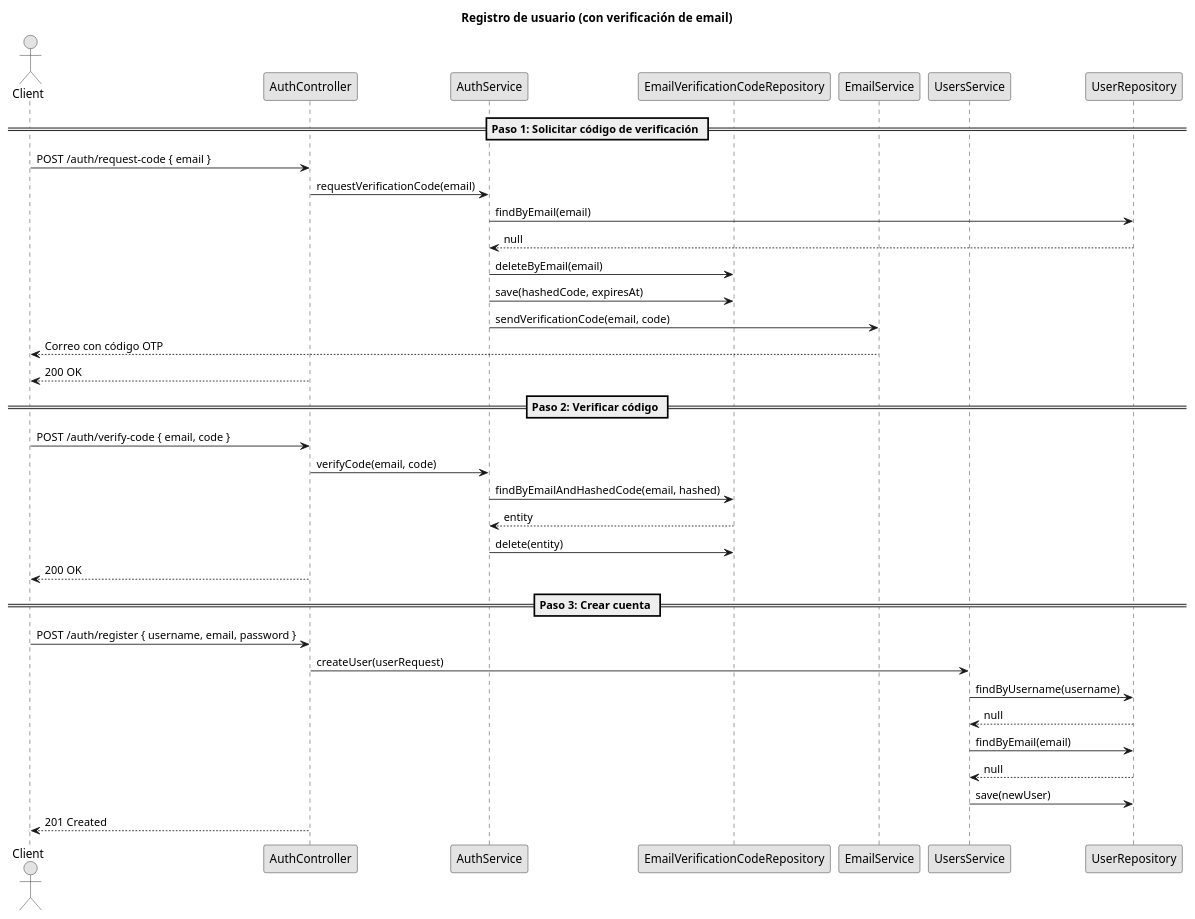
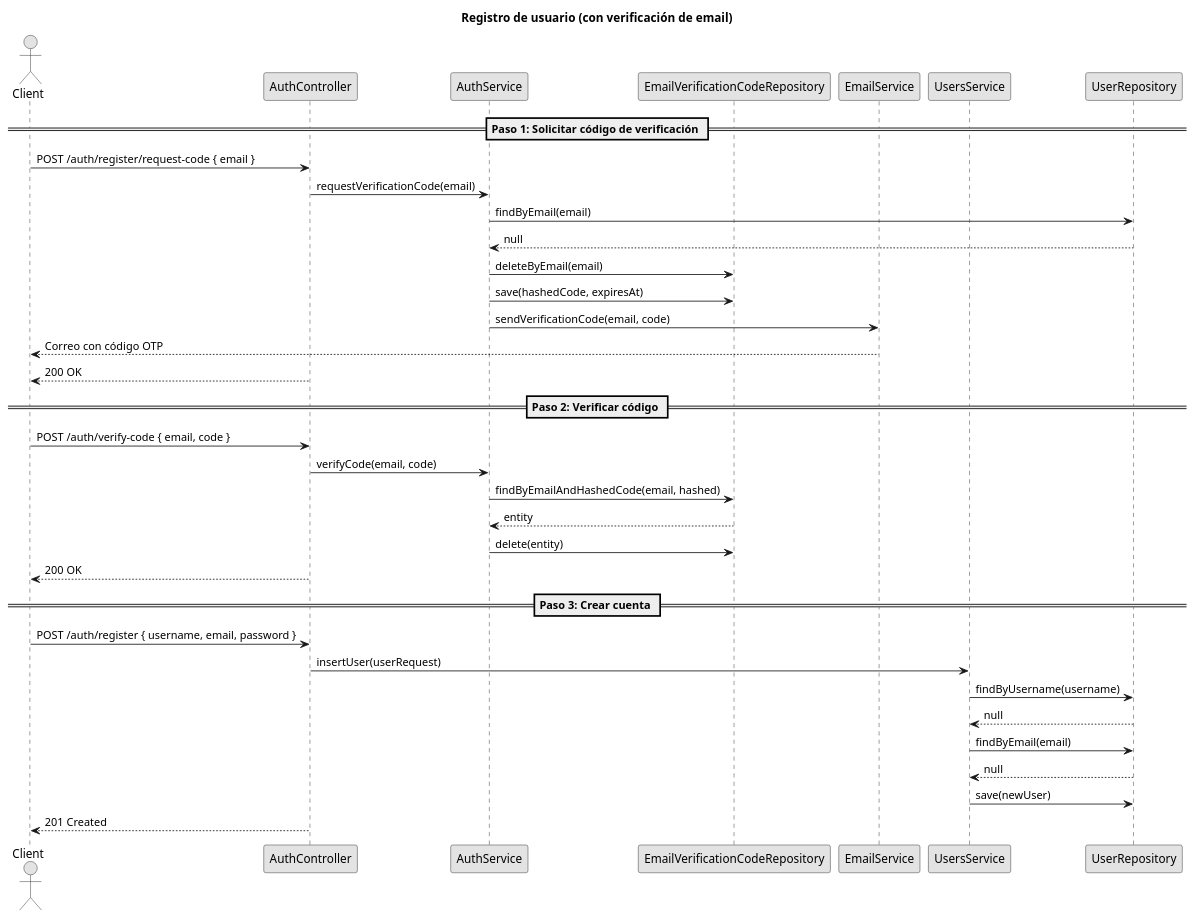
One commit to ryu1uga/2026-1.856.Patronika_Backend changed the first of 5 diagrams in docs/diagrams/SequenceDiagram.puml. Above: the diagram before and after it, drawn with PlantUML. The commit also changed other lines of this file, not shown here.

Commit message:
actualizar diagrama de secuencia

```diff
--- a/docs/diagrams/SequenceDiagram.puml
+++ b/docs/diagrams/SequenceDiagram.puml
@@ -1,44 +1,44 @@
 @startuml Sequence_Register
 skinparam monochrome true
 skinparam shadowing false
 
 title Registro de usuario (con verificación de email)
 
 actor Client
 participant AuthController
 participant AuthService
 participant EmailVerificationCodeRepository
 participant EmailService
 participant UsersService
 participant UserRepository
 
 == Paso 1: Solicitar código de verificación ==
-Client -> AuthController : POST /auth/request-code { email }
+Client -> AuthController : POST /auth/register/request-code { email }
 AuthController -> AuthService : requestVerificationCode(email)
 AuthService -> UserRepository : findByEmail(email)
 UserRepository --> AuthService : null
 AuthService -> EmailVerificationCodeRepository : deleteByEmail(email)
 AuthService -> EmailVerificationCodeRepository : save(hashedCode, expiresAt)
 AuthService -> EmailService : sendVerificationCode(email, code)
 EmailService --> Client : Correo con código OTP
 AuthController --> Client : 200 OK
 
 == Paso 2: Verificar código ==
 Client -> AuthController : POST /auth/verify-code { email, code }
 AuthController -> AuthService : verifyCode(email, code)
 AuthService -> EmailVerificationCodeRepository : findByEmailAndHashedCode(email, hashed)
 EmailVerificationCodeRepository --> AuthService : entity
 AuthService -> EmailVerificationCodeRepository : delete(entity)
 AuthController --> Client : 200 OK
 
 == Paso 3: Crear cuenta ==
 Client -> AuthController : POST /auth/register { username, email, password }
-AuthController -> UsersService : createUser(userRequest)
+AuthController -> UsersService : insertUser(userRequest)
 UsersService -> UserRepository : findByUsername(username)
 UserRepository --> UsersService : null
 UsersService -> UserRepository : findByEmail(email)
 UserRepository --> UsersService : null
 UsersService -> UserRepository : save(newUser)
 AuthController --> Client : 201 Created
 
 @enduml
```
